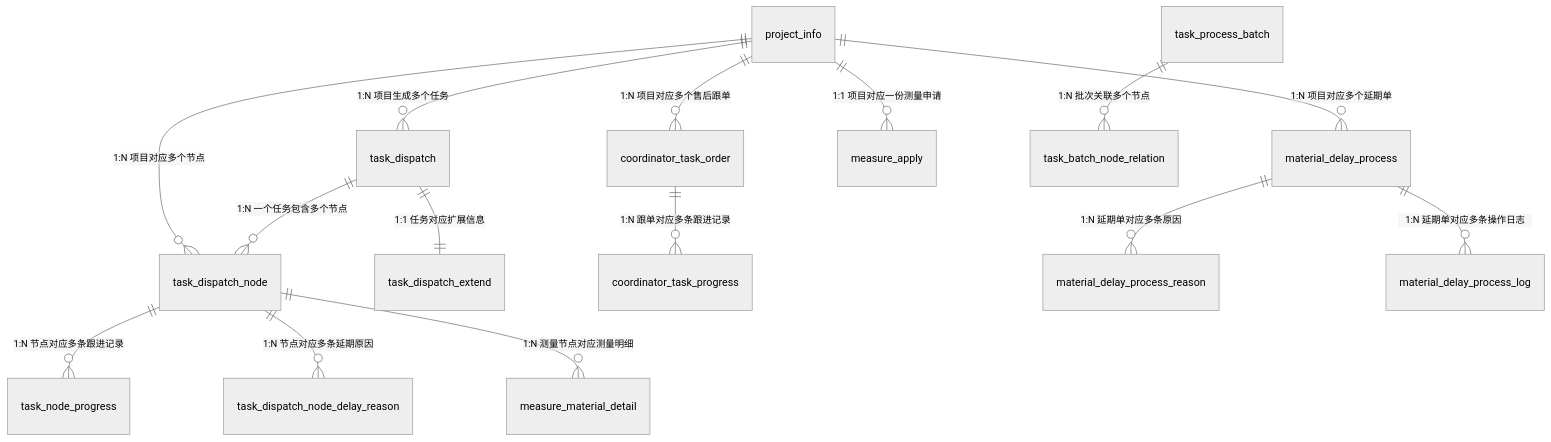
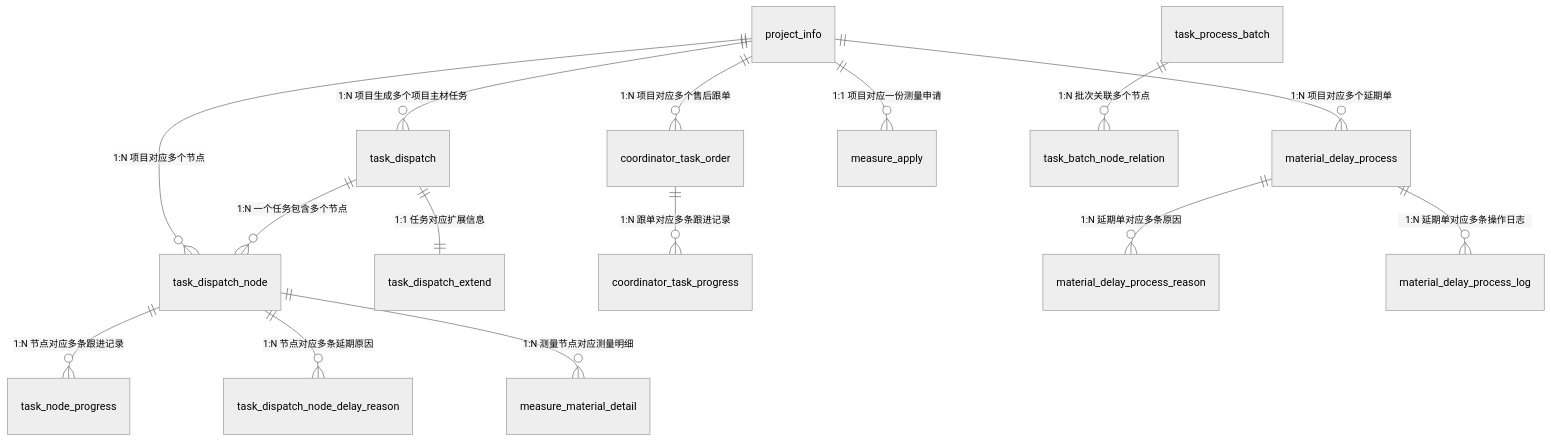
Before and after one commit to M2025-lab/obsodian: the diagram in 数据库表/数据库打标签.md, drawn with Mermaid (neutral theme).

Commit message:
vault backup: 2026-07-08 10:27:23

````diff
--- a/数据库表/数据库打标签.md
+++ b/数据库表/数据库打标签.md
@@ -115,22 +115,22 @@
 ```mermaid
 erDiagram
-    project_info ||--o{ task_dispatch : "1:N 项目生成多个任务"
+    project_info ||--o{ task_dispatch : "1:N 项目生成多个项目主材任务"
     project_info ||--o{ task_dispatch_node : "1:N 项目对应多个节点"
     project_info ||--o{ coordinator_task_order : "1:N 项目对应多个售后跟单"
     project_info ||--o{ material_delay_process : "1:N 项目对应多个延期单"
     project_info ||--o{ measure_apply : "1:1 项目对应一份测量申请"
 
     task_dispatch ||--o{ task_dispatch_node : "1:N 一个任务包含多个节点"
     task_dispatch ||--|| task_dispatch_extend : "1:1 任务对应扩展信息"
 
     task_dispatch_node ||--o{ task_node_progress : "1:N 节点对应多条跟进记录"
     task_dispatch_node ||--o{ task_dispatch_node_delay_reason : "1:N 节点对应多条延期原因"
     task_dispatch_node ||--o{ measure_material_detail : "1:N 测量节点对应测量明细"
 
     coordinator_task_order ||--o{ coordinator_task_progress : "1:N 跟单对应多条跟进记录"
 
     material_delay_process ||--o{ material_delay_process_reason : "1:N 延期单对应多条原因"
     material_delay_process ||--o{ material_delay_process_log : "1:N 延期单对应多条操作日志"
 
     task_process_batch ||--o{ task_batch_node_relation : "1:N 批次关联多个节点"
 ```
````
